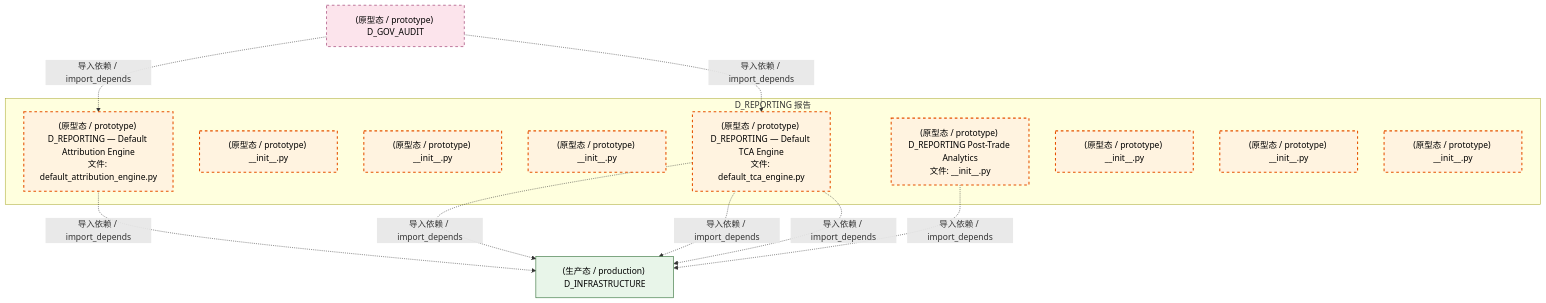
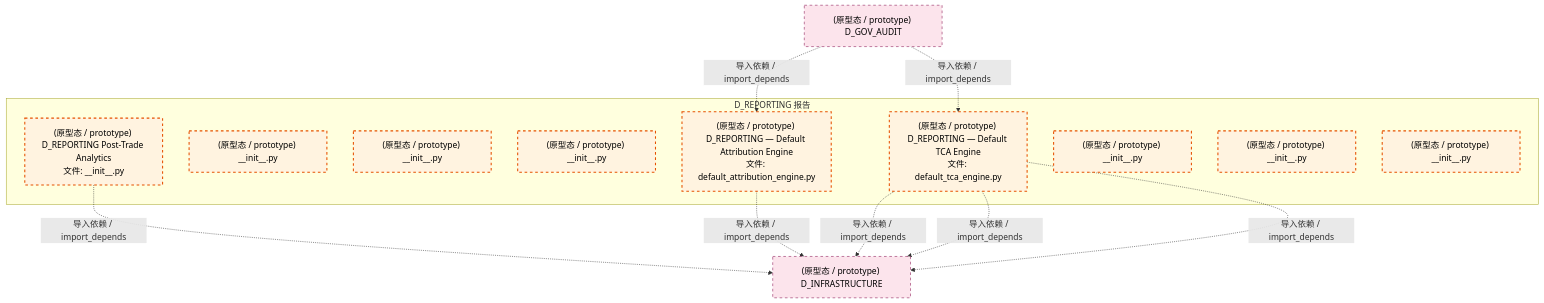
One commit to xuanFelixVan/ZephyrAlpha changed the third of 4 diagrams in docs/02_enterprise_architecture/02_domain_architecture_docs/23_d_reporting.md. Above: the diagram before and after it, drawn with Mermaid. The commit also changed other lines of this file and 126 other files, not shown here.

````diff
--- a/docs/02_enterprise_architecture/02_domain_architecture_docs/23_d_reporting.md
+++ b/docs/02_enterprise_architecture/02_domain_architecture_docs/23_d_reporting.md
@@ -154,30 +152,29 @@
 ```mermaid
 graph TD
     subgraph D_REPORTING["D_REPORTING 报告"]
         src_zephyr_reporting_init_py["(原型态 / prototype) D_REPORTING Post-Trade Analytics<br/>文件: __init__.py"]
         src_zephyr_reporting_extensions_init_py["(原型态 / prototype) __init__.py"]
         src_zephyr_reporting_api_init_py["(原型态 / prototype) __init__.py"]
         src_zephyr_reporting_core_init_py["(原型态 / prototype) __init__.py"]
         src_zephyr_reporting_default_attribution_engine_py["(原型态 / prototype) D_REPORTING — Default Attribution Engine<br/>文件: default_attribution_engine.py"]
         src_zephyr_reporting_default_tca_engine_py["(原型态 / prototype) D_REPORTING — Default TCA Engine<br/>文件: default_tca_engine.py"]
         src_zephyr_reporting_infrastructure_init_py["(原型态 / prototype) __init__.py"]
         src_zephyr_reporting_models_init_py["(原型态 / prototype) __init__.py"]
         src_zephyr_reporting_services_init_py["(原型态 / prototype) __init__.py"]
     end
-    D_INFRASTRUCTURE["(生产态 / production) D_INFRASTRUCTURE"]
+    D_INFRASTRUCTURE["(原型态 / prototype) D_INFRASTRUCTURE"]
+    src_zephyr_reporting_default_tca_engine_py -.->|导入依赖 / import_depends| D_INFRASTRUCTURE
+    src_zephyr_reporting_init_py -.->|导入依赖 / import_depends| D_INFRASTRUCTURE
     src_zephyr_reporting_default_attribution_engine_py -.->|导入依赖 / import_depends| D_INFRASTRUCTURE
     src_zephyr_reporting_default_tca_engine_py -.->|导入依赖 / import_depends| D_INFRASTRUCTURE
     src_zephyr_reporting_default_tca_engine_py -.->|导入依赖 / import_depends| D_INFRASTRUCTURE
-    src_zephyr_reporting_default_tca_engine_py -.->|导入依赖 / import_depends| D_INFRASTRUCTURE
-    src_zephyr_reporting_init_py -.->|导入依赖 / import_depends| D_INFRASTRUCTURE
     D_GOV_AUDIT["(原型态 / prototype) D_GOV_AUDIT"]
     D_GOV_AUDIT -.->|导入依赖 / import_depends| src_zephyr_reporting_default_attribution_engine_py
     D_GOV_AUDIT -.->|导入依赖 / import_depends| src_zephyr_reporting_default_tca_engine_py
     classDef production fill:#e1f5fe,stroke:#01579b,stroke-width:2px,color:#000
     classDef design fill:#fff3e0,stroke:#e65100,stroke-width:2px,color:#000,stroke-dasharray: 5 5
     classDef external_prod fill:#e8f5e9,stroke:#1b5e20,stroke-width:1px,color:#000
     classDef external_design fill:#fce4ec,stroke:#880e4f,stroke-width:1px,color:#000,stroke-dasharray: 5 5
     class src_zephyr_reporting_init_py,src_zephyr_reporting_extensions_init_py,src_zephyr_reporting_api_init_py,src_zephyr_reporting_core_init_py,src_zephyr_reporting_default_attribution_engine_py,src_zephyr_reporting_default_tca_engine_py,src_zephyr_reporting_infrastructure_init_py,src_zephyr_reporting_models_init_py,src_zephyr_reporting_services_init_py design
-    class D_INFRASTRUCTURE external_prod
-    class D_GOV_AUDIT external_design
+    class D_INFRASTRUCTURE,D_GOV_AUDIT external_design
 ```
````
